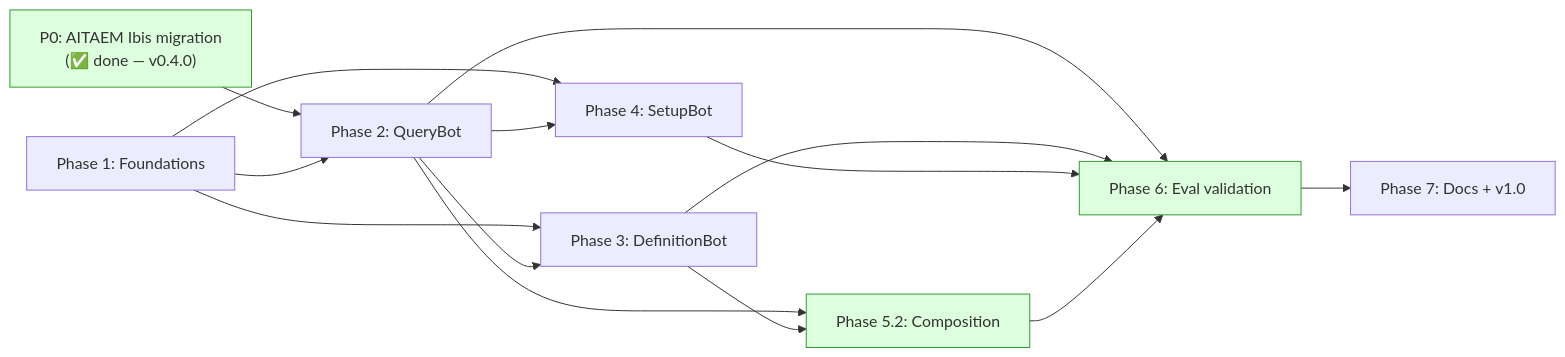
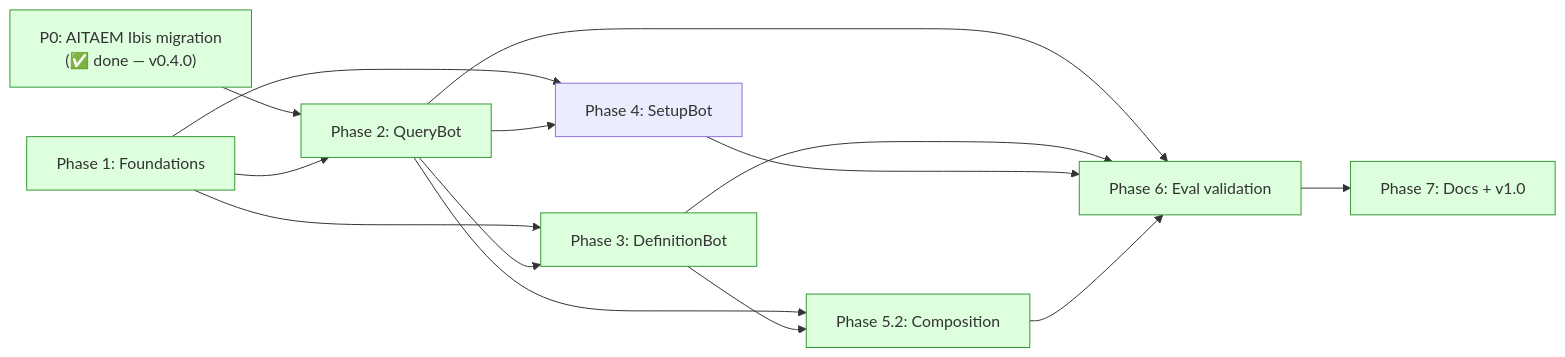
Before and after one commit to chaturv3di/aitaem: the second of 3 diagrams in plans/agent_module/ARCHITECTURE.md, drawn with Mermaid. The commit also changed other lines of this file, not shown here.

First line of the commit message:
docs(agent architecture): refresh ARCHITECTURE.md to reflect shipped state

````diff
--- a/plans/agent_module/ARCHITECTURE.md
+++ b/plans/agent_module/ARCHITECTURE.md
@@ -288,17 +308,17 @@
 ```mermaid
 flowchart LR
     P0["P0: AITAEM Ibis migration<br/>(✅ done — v0.4.0)"]:::done --> P2
-    P1[Phase 1: Foundations] --> P2
+    P1[Phase 1: Foundations]:::done --> P2
     P1 --> P3
     P1 --> P4
-    P2[Phase 2: QueryBot] --> P3[Phase 3: DefinitionBot]
+    P2[Phase 2: QueryBot]:::done --> P3[Phase 3: DefinitionBot]:::done
     P2 --> P4[Phase 4: SetupBot]
     P2 --> P5[Phase 5.2: Composition]:::done
     P3 --> P5
     P2 --> P6[Phase 6: Eval validation]:::done
     P3 --> P6
     P4 --> P6
     P5 --> P6
-    P6 --> P7[Phase 7: Docs + v1.0]
+    P6 --> P7[Phase 7: Docs + v1.0]:::done
     classDef done fill:#dfd,stroke:#393
 ```
````
